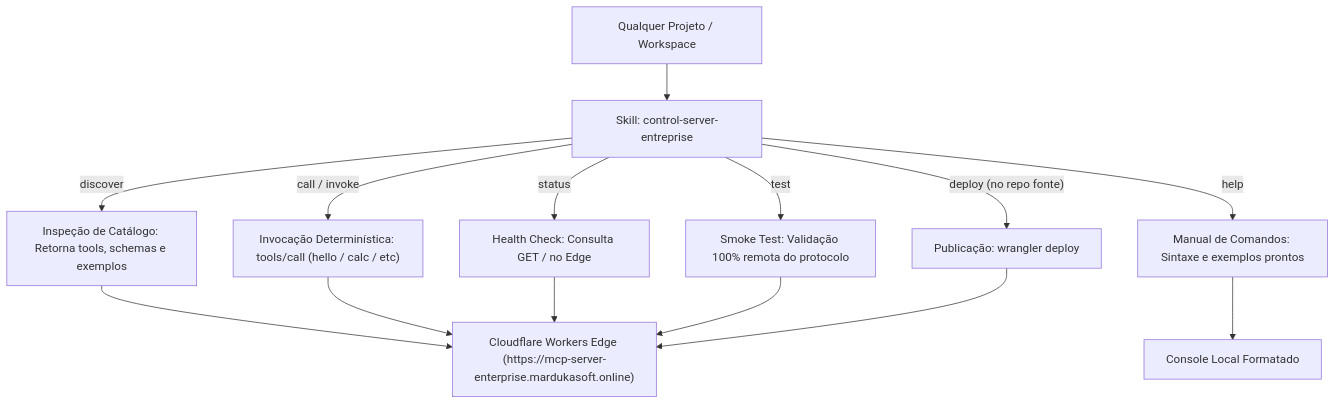
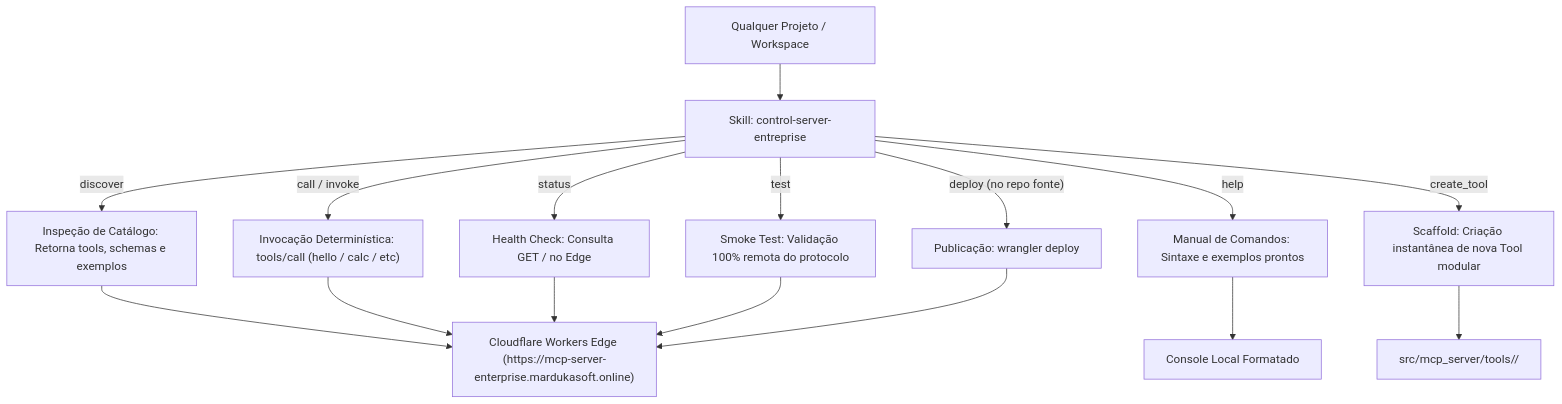
One commit to Eduardo-Rezende-MDK/mcp-server-enterprise-blueprint changed the diagram in .agents/skills/control-server-entreprise/SKILL.md. Above: the diagram before and after it, drawn with Mermaid. The commit also changed other lines of this file and 37 other files, not shown here.

Commit message:
feat(arch): refatora tools para arquitetura modular, auto-discovery dinamico, template canonico e adiciona protocolo de encerramento em AGENTS.md

````diff
--- a/.agents/skills/control-server-entreprise/SKILL.md
+++ b/.agents/skills/control-server-entreprise/SKILL.md
@@ -21,18 +21,20 @@
 ```mermaid
 flowchart TD
     A["Qualquer Projeto / Workspace"] --> B["Skill: control-server-entreprise"]
     
     B -->|"discover"| C["Inspeção de Catálogo: Retorna tools, schemas e exemplos"]
     B -->|"call / invoke"| D["Invocação Determinística: tools/call (hello / calc / etc)"]
     B -->|"help"| E["Manual de Comandos: Sintaxe e exemplos prontos"]
     B -->|"status"| F["Health Check: Consulta GET / no Edge"]
     B -->|"test"| G["Smoke Test: Validação 100% remota do protocolo"]
-    B -->|"deploy (no repo fonte)"| H["Publicação: wrangler deploy"]
+    B -->|"create_tool"| H["Scaffold: Criação instantânea de nova Tool modular"]
+    B -->|"deploy (no repo fonte)"| I["Publicação: wrangler deploy"]
     
-    C --> I["Cloudflare Workers Edge (https://mcp-server-enterprise.mardukasoft.online)"]
-    D --> I
-    E --> J["Console Local Formatado"]
-    F --> I
-    G --> I
-    H --> I
+    C --> J["Cloudflare Workers Edge (https://mcp-server-enterprise.mardukasoft.online)"]
+    D --> J
+    E --> K["Console Local Formatado"]
+    F --> J
+    G --> J
+    H --> L["src/mcp_server/tools/<nova_tool>/"]
+    I --> J
 ```
````
